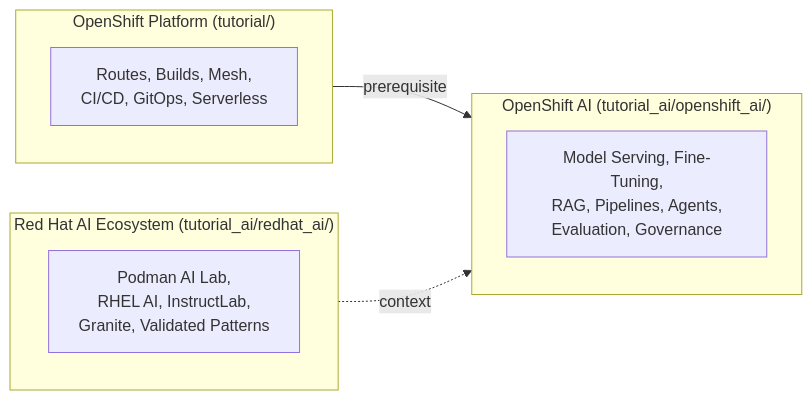
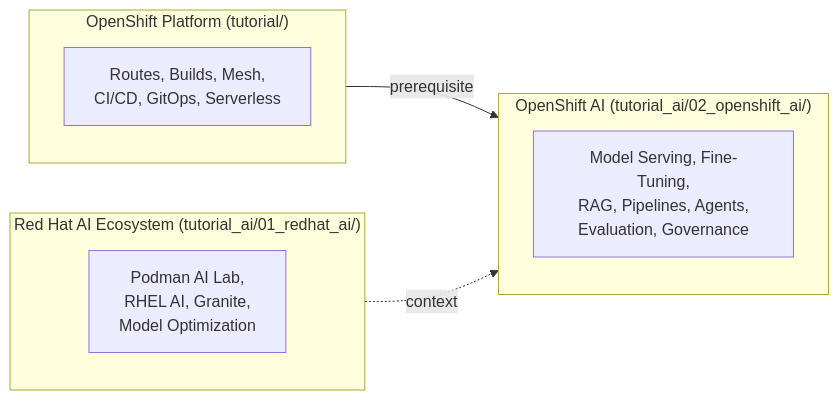
One commit to lukaskellerstein/openshift-tutorial changed the first of 3 diagrams in README.md. Above: the diagram before and after it, drawn with Mermaid. The commit also changed other lines of this file and 8 other files, not shown here.

````diff
--- a/README.md
+++ b/README.md
@@ -31,20 +31,20 @@
 ```mermaid
 graph LR
     subgraph Platform["OpenShift Platform (tutorial/)"]
         direction TB
         P1[Routes, Builds, Mesh,<br/>CI/CD, GitOps, Serverless]
     end
 
-    subgraph AI["OpenShift AI (tutorial_ai/openshift_ai/)"]
+    subgraph Eco["Red Hat AI Ecosystem (tutorial_ai/01_redhat_ai/)"]
+        direction TB
+        E1[Podman AI Lab,<br/>RHEL AI, Granite,<br/>Model Optimization]
+    end
+
+    subgraph AI["OpenShift AI (tutorial_ai/02_openshift_ai/)"]
         direction TB
         A1[Model Serving, Fine-Tuning,<br/>RAG, Pipelines, Agents,<br/>Evaluation, Governance]
-    end
-
-    subgraph Eco["Red Hat AI Ecosystem (tutorial_ai/redhat_ai/)"]
-        direction TB
-        E1[Podman AI Lab,<br/>RHEL AI, InstructLab,<br/>Granite, Validated Patterns]
     end
 
     Platform -->|prerequisite| AI
     Eco -.->|context| AI
 ```
````
